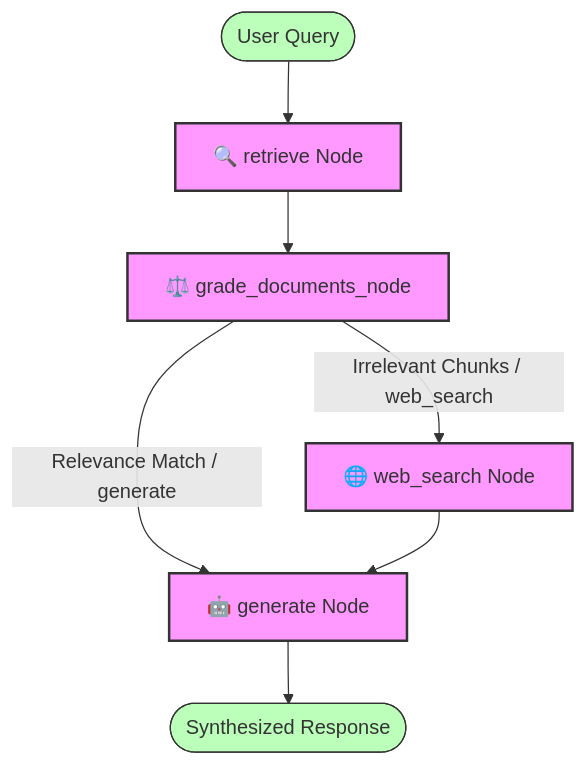
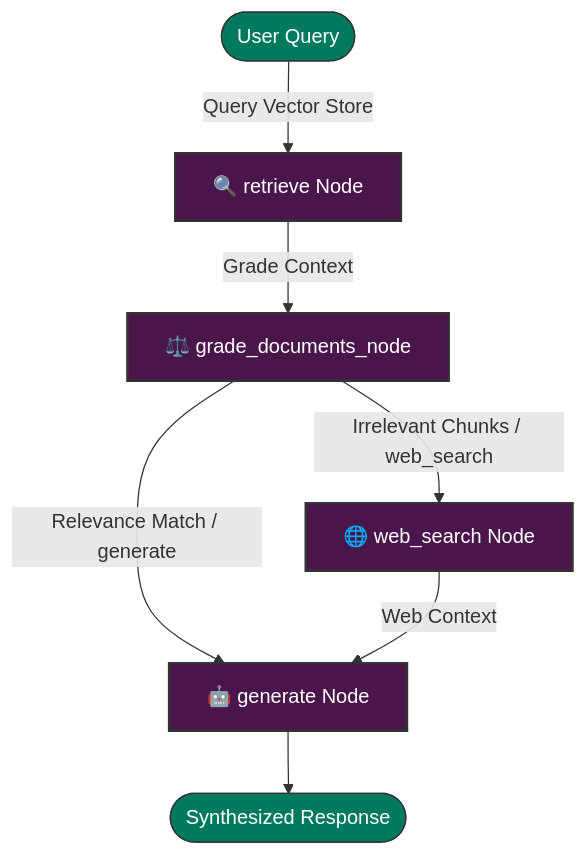
The diagram in README.md (saikrishnaallam/local_multi_agent_rag), drawn with Mermaid before and after one commit. The commit also changed other lines of this file, not shown here.

````diff
--- a/README.md
+++ b/README.md
@@ -13,16 +30,16 @@
 ```mermaid
 flowchart TD
-    Start([User Query]) --> Retrieve[🔍 retrieve Node]
-    Retrieve --> Grade[⚖️ grade_documents_node]
+    Start([User Query]) -->|Query Vector Store| Retrieve[🔍 retrieve Node]
+    Retrieve -->|Grade Context| Grade[⚖️ grade_documents_node]
     
     Grade -->|Relevance Match / generate| Generate[🤖 generate Node]
     Grade -->|Irrelevant Chunks / web_search| WebSearch[🌐 web_search Node]
     
-    WebSearch --> Generate
+    WebSearch -->|Web Context| Generate
     Generate --> End([Synthesized Response])
 
-    classDef nodeStyle fill:#f9f,stroke:#333,stroke-width:2px;
-    classDef ioStyle fill:#bfb,stroke:#333,stroke-width:1px;
+    classDef nodeStyle fill:#4A154B,stroke:#333,stroke-width:2px,color:#fff;
+    classDef ioStyle fill:#007A5E,stroke:#333,stroke-width:1px,color:#fff;
     class Retrieve,Grade,Generate,WebSearch nodeStyle;
     class Start,End ioStyle;
 ```
````
